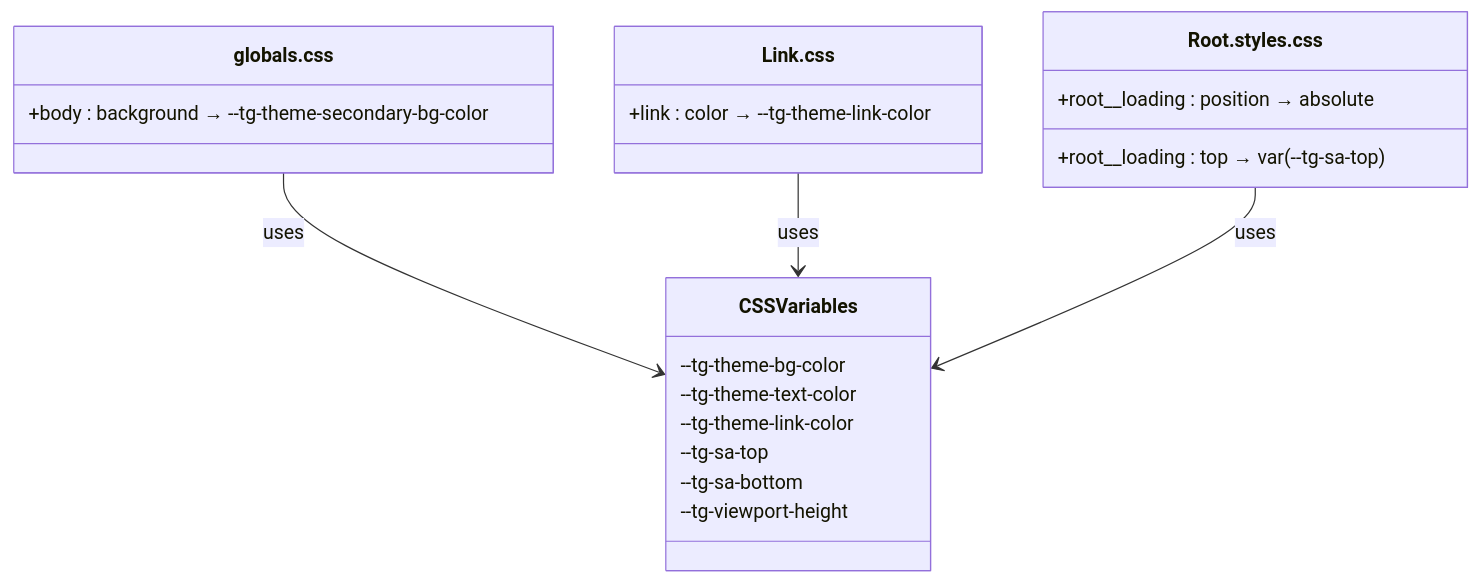
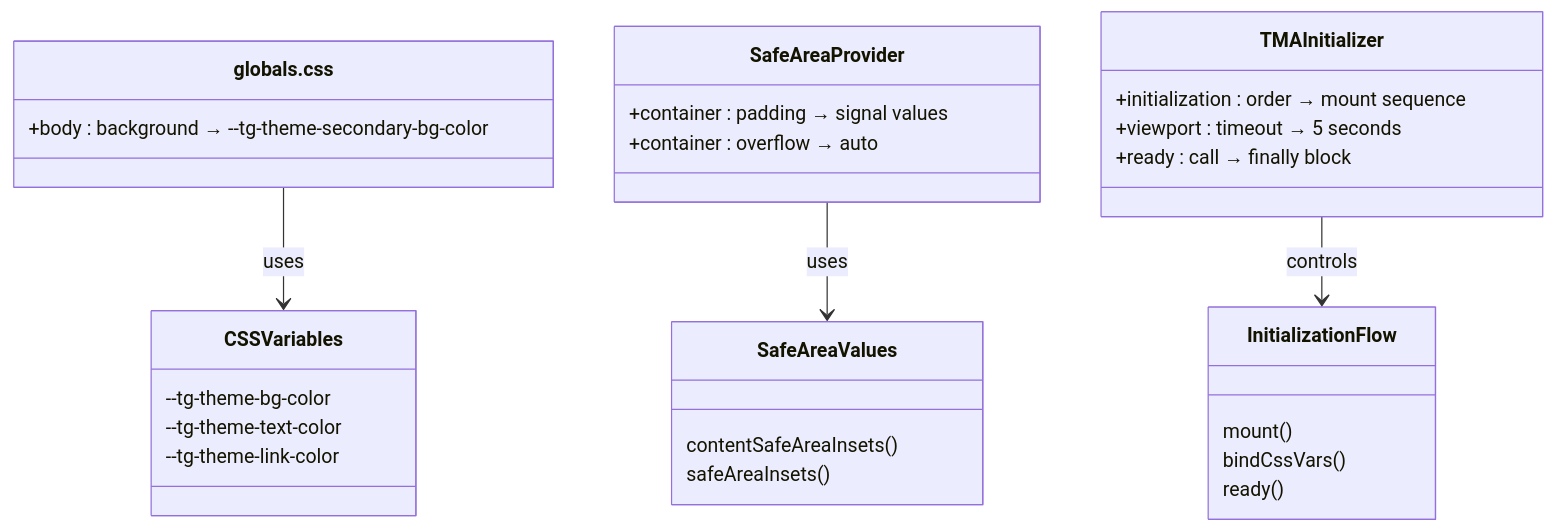
One commit to Miaterio/Passion-bot-2 changed the third of 4 diagrams in .qoder/repowiki/en/content/Core Architecture/Theme and Viewport Integration.md. Above: the diagram before and after it, drawn with Mermaid. The commit also changed other lines of this file and 5 other files, not shown here.

First line of the commit message:
feat(core): refactor app initialization with TMAInitializer component

````diff
--- a/.qoder/repowiki/en/content/Core Architecture/Theme and Viewport Integration.md
+++ b/.qoder/repowiki/en/content/Core Architecture/Theme and Viewport Integration.md
@@ -106,24 +131,32 @@
 ```mermaid
 classDiagram
 class globals.css {
 +body : background → --tg-theme-secondary-bg-color
 }
-class Link.css {
-+link : color → --tg-theme-link-color
+class SafeAreaProvider {
++container : padding → signal values
++container : overflow → auto
 }
-class Root.styles.css {
-+root__loading : position → absolute
-+root__loading : top → var(--tg-sa-top)
+class TMAInitializer {
++initialization : order → mount sequence
++viewport : timeout → 5 seconds
++ready : call → finally block
 }
 globals.css --> CSSVariables : uses
-Link.css --> CSSVariables : uses
-Root.styles.css --> CSSVariables : uses
+SafeAreaProvider --> SafeAreaValues : uses
+TMAInitializer --> InitializationFlow : controls
 class CSSVariables {
 --tg-theme-bg-color
 --tg-theme-text-color
 --tg-theme-link-color
---tg-sa-top
---tg-sa-bottom
---tg-viewport-height
+}
+class SafeAreaValues {
+contentSafeAreaInsets()
+safeAreaInsets()
+}
+class InitializationFlow {
+mount()
+bindCssVars()
+ready()
 }
 ```
````
